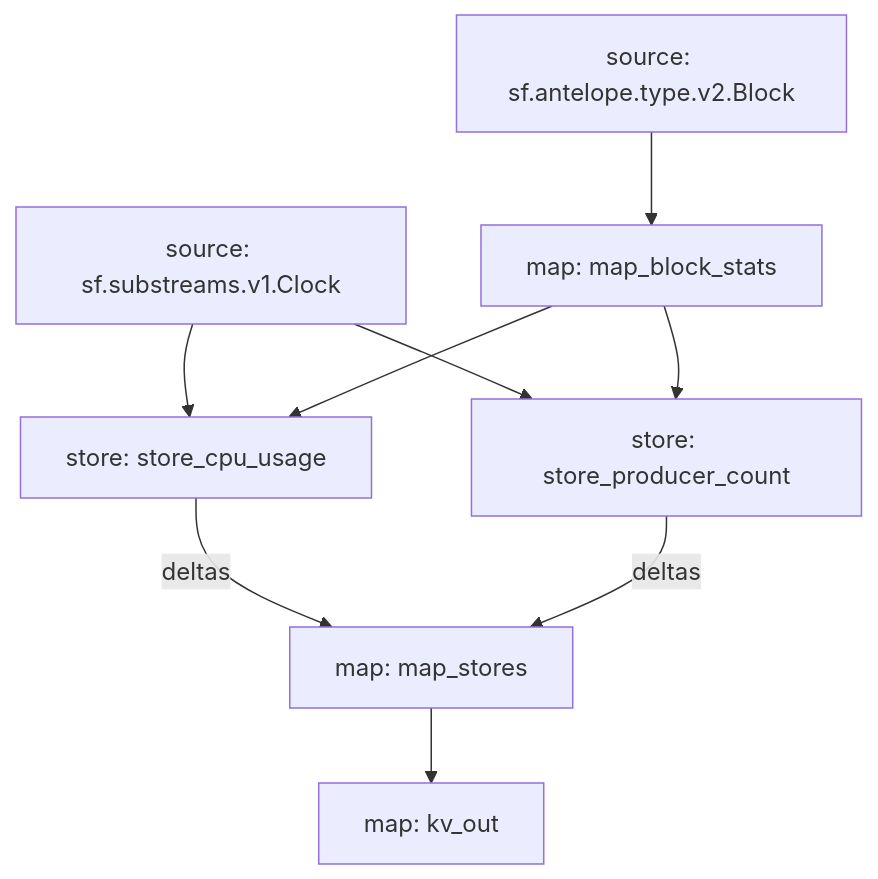
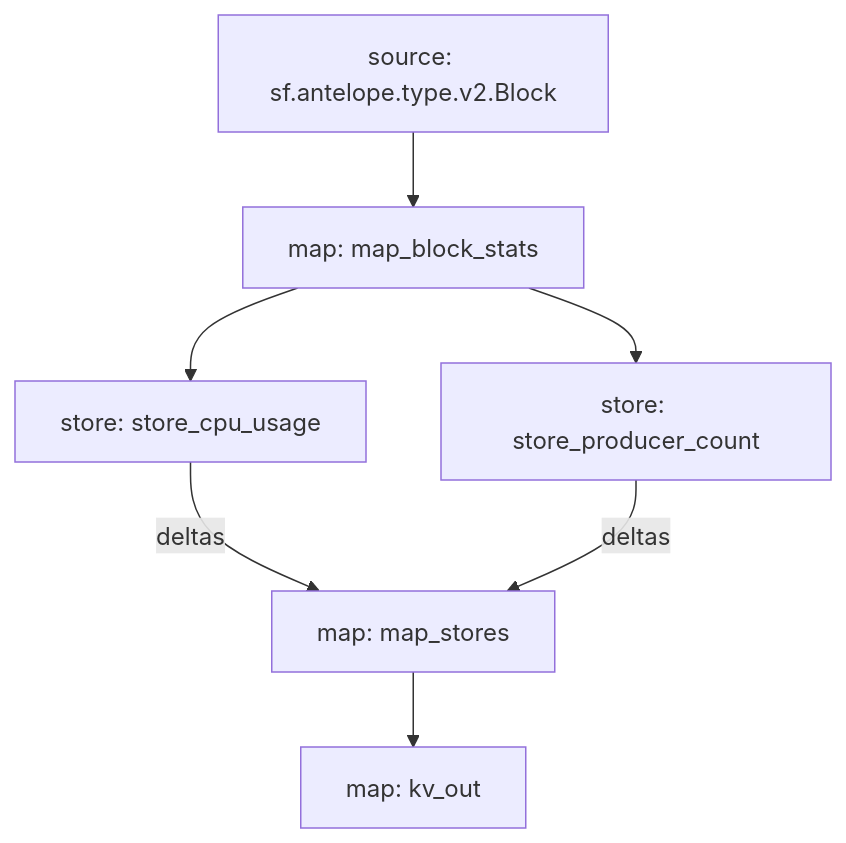
One commit to pinax-network/substreams changed the diagram in eosmechanics/README.md. Above: the diagram before and after it, drawn with Mermaid.

Commit message:
move graph up

````diff
--- a/eosmechanics/README.md
+++ b/eosmechanics/README.md
@@ -17,16 +13,14 @@
 ```mermaid
 graph TD;
   map_block_stats[map: map_block_stats]
   sf.antelope.type.v2.Block[source: sf.antelope.type.v2.Block] --> map_block_stats
   store_cpu_usage[store: store_cpu_usage]
-  sf.substreams.v1.Clock[source: sf.substreams.v1.Clock] --> store_cpu_usage
   map_block_stats --> store_cpu_usage
   store_producer_count[store: store_producer_count]
-  sf.substreams.v1.Clock[source: sf.substreams.v1.Clock] --> store_producer_count
   map_block_stats --> store_producer_count
   map_stores[map: map_stores]
   store_cpu_usage -- deltas --> map_stores
   store_producer_count -- deltas --> map_stores
   kv_out[map: kv_out]
   map_stores --> kv_out
 ```
````
